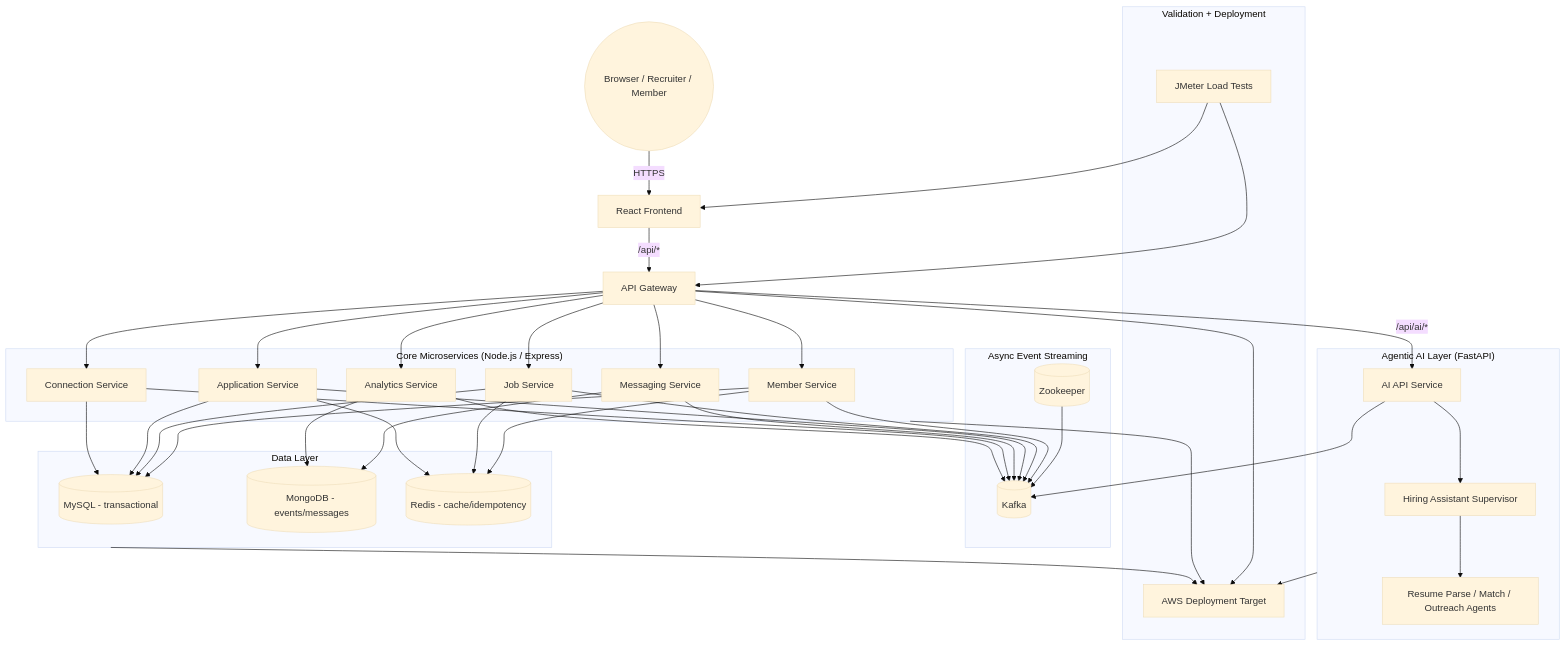
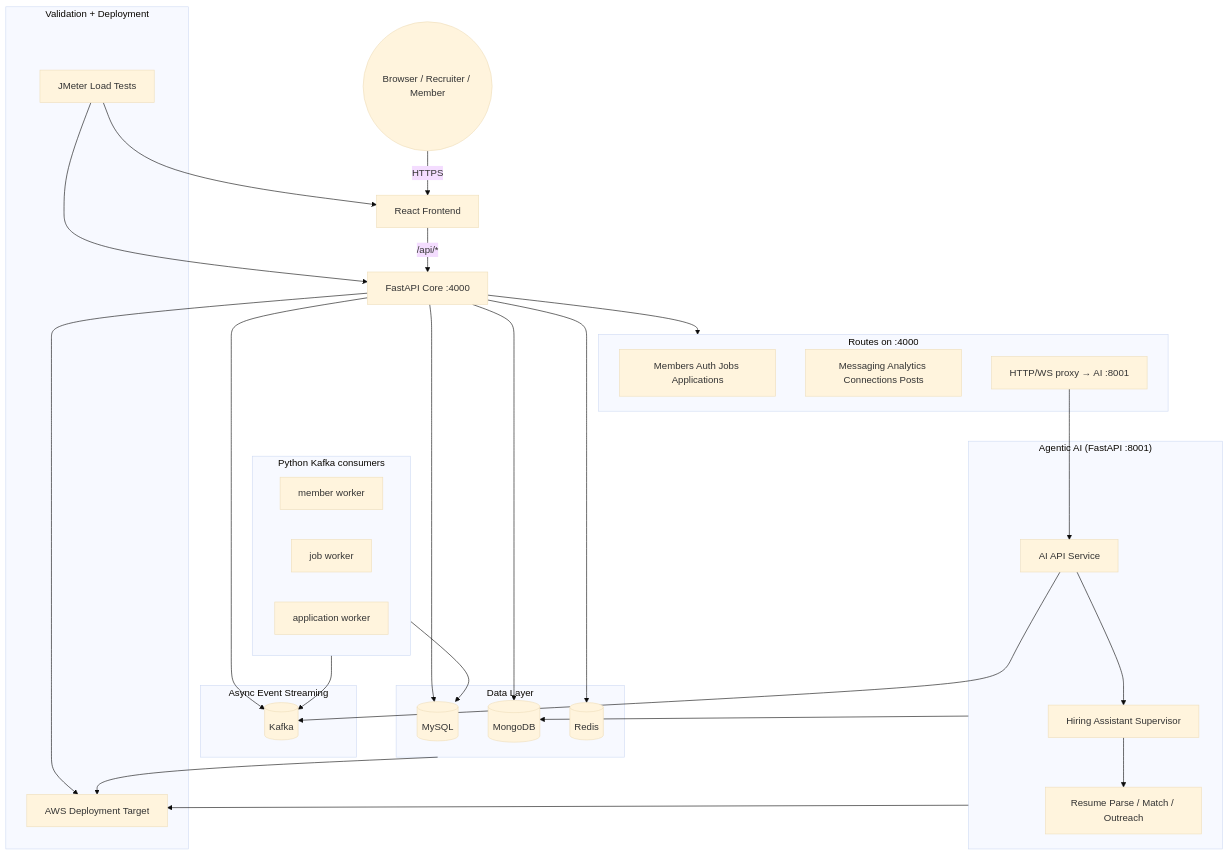
One commit to snehas-SJSU/DS_Project_236 changed the first of 3 diagrams in README.md. Above: the diagram before and after it, drawn with Mermaid (base theme). The commit also changed other lines of this file and 112 other files, not shown here.

Commit message:
Migrate to FastAPI monolith, remove Node microservices, add deploy/tests/UI polish

````diff
--- a/README.md
+++ b/README.md
@@ -10,70 +10,57 @@
 ```mermaid
 graph TD
     User((Browser / Recruiter / Member)) -->|HTTPS| FE[React Frontend]
-    FE -->|/api/*| Gateway[API Gateway]
+    FE -->|/api/*| CoreAPI[FastAPI Core :4000]
 
-    subgraph Core_Microservices["Core Microservices (Node.js / Express)"]
-      Member[Member Service]
-      Job[Job Service]
-      App[Application Service]
-      Msg[Messaging Service]
-      Analytics[Analytics Service]
-      Conn[Connection Service]
+    subgraph CoreAPI_Internal["Routes on :4000"]
+      R1[Members Auth Jobs Applications]
+      R2[Messaging Analytics Connections Posts]
+      R3[HTTP/WS proxy → AI :8001]
     end
 
-    Gateway --> Member
-    Gateway --> Job
-    Gateway --> App
-    Gateway --> Msg
-    Gateway --> Analytics
-    Gateway --> Conn
+    CoreAPI --> CoreAPI_Internal
 
-    subgraph Agentic_AI["Agentic AI Layer (FastAPI)"]
+    subgraph Workers["Python Kafka consumers"]
+      W1[member worker]
+      W2[job worker]
+      W3[application worker]
+    end
+
+    subgraph Agentic_AI["Agentic AI (FastAPI :8001)"]
       AIAPI[AI API Service]
       Supervisor[Hiring Assistant Supervisor]
-      Skills[Resume Parse / Match / Outreach Agents]
+      Skills[Resume Parse / Match / Outreach]
     end
 
-    Gateway -->|/api/ai/*| AIAPI
+    R3 --> AIAPI
     AIAPI --> Supervisor
     Supervisor --> Skills
 
     subgraph Event_Streaming["Async Event Streaming"]
       Kafka[(Kafka)]
-      ZK[(Zookeeper)]
     end
-    ZK --> Kafka
-    Member --> Kafka
-    Job --> Kafka
-    App --> Kafka
-    Msg --> Kafka
-    Conn --> Kafka
-    Analytics --> Kafka
+    CoreAPI --> Kafka
+    Workers --> Kafka
     AIAPI --> Kafka
 
     subgraph Data_Stores["Data Layer"]
-      MySQL[(MySQL - transactional)]
-      Mongo[(MongoDB - events/messages)]
-      Redis[(Redis - cache/idempotency)]
+      MySQL[(MySQL)]
+      Mongo[(MongoDB)]
+      Redis[(Redis)]
     end
-    Member --> MySQL
-    Job --> MySQL
-    App --> MySQL
-    Conn --> MySQL
-    Msg --> Mongo
-    Analytics --> Mongo
-    Member --> Redis
-    Job --> Redis
-    App --> Redis
+    CoreAPI --> MySQL
+    CoreAPI --> Mongo
+    CoreAPI --> Redis
+    Workers --> MySQL
+    Agentic_AI --> Mongo
 
     subgraph Validation_Deployment["Validation + Deployment"]
       JMeter[JMeter Load Tests]
       AWS[AWS Deployment Target]
     end
     JMeter --> FE
-    JMeter --> Gateway
-    Gateway --> AWS
-    Core_Microservices --> AWS
+    JMeter --> CoreAPI
+    CoreAPI --> AWS
     Agentic_AI --> AWS
     Data_Stores --> AWS
 ```
````
